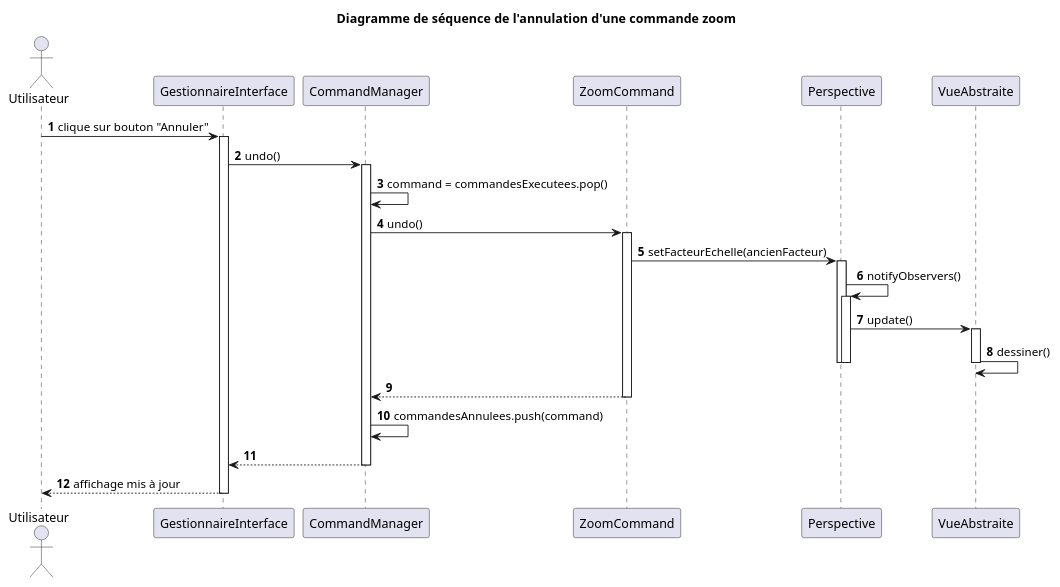
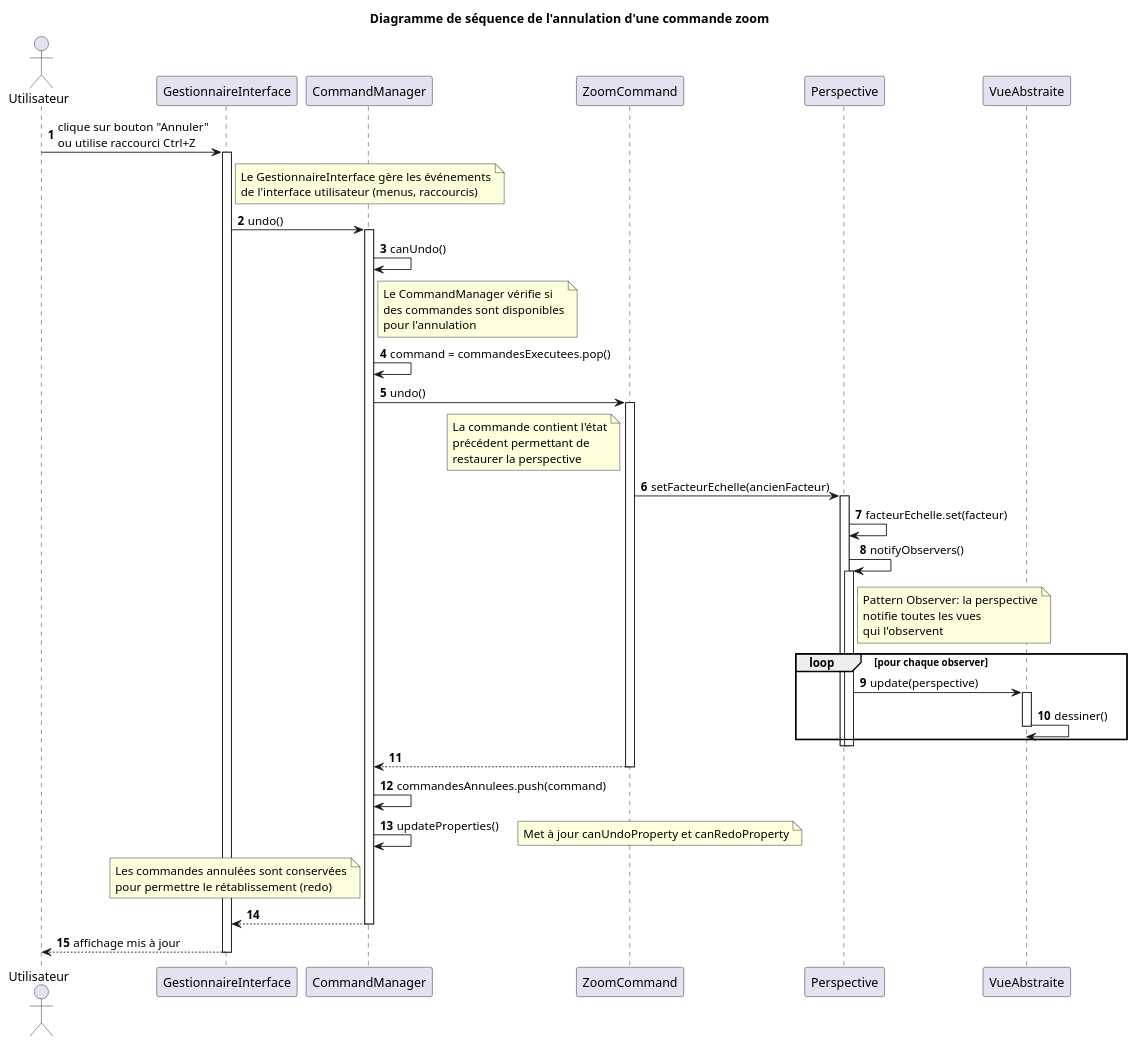
Before and after one commit to MasterGragra/LOG_Labo5: the diagram in docs/ds2.puml, drawn with PlantUML. The commit also changed 2 other files, not shown here.

Commit message:
maj diagramme sequence + maj ControleZoom (redondance des update)

```diff
--- a/docs/ds2.puml
+++ b/docs/ds2.puml
@@ -1,36 +1,70 @@
 @startuml
 autonumber
 title Diagramme de séquence de l'annulation d'une commande zoom
 actor Utilisateur
 participant "GestionnaireInterface" as GUI
 participant "CommandManager" as CmdMgr
 participant "ZoomCommand" as Cmd
 participant "Perspective" as Model
 participant "VueAbstraite" as Vue
 
-Utilisateur -> GUI : clique sur bouton "Annuler"
+Utilisateur -> GUI : clique sur bouton "Annuler" \nou utilise raccourci Ctrl+Z
 activate GUI
+    note right of GUI
+        Le GestionnaireInterface gère les événements
+        de l'interface utilisateur (menus, raccourcis)
+    end note
+
     GUI -> CmdMgr : undo()
     activate CmdMgr
+        CmdMgr -> CmdMgr : canUndo()
+        note right of CmdMgr
+            Le CommandManager vérifie si
+            des commandes sont disponibles
+            pour l'annulation
+        end note
+
         CmdMgr -> CmdMgr : command = commandesExecutees.pop()
         CmdMgr -> Cmd : undo()
         activate Cmd
+            note left of Cmd
+                La commande contient l'état
+                précédent permettant de
+                restaurer la perspective
+            end note
+
             Cmd -> Model : setFacteurEchelle(ancienFacteur)
             activate Model
+                Model -> Model : facteurEchelle.set(facteur)
                 Model -> Model : notifyObservers()
                 activate Model
-                    Model -> Vue : update()
-                    activate Vue
-                        Vue -> Vue : dessiner()
-                    deactivate Vue
+                    note right of Model
+                        Pattern Observer: la perspective
+                        notifie toutes les vues
+                        qui l'observent
+                    end note
+
+                    loop pour chaque observer
+                        Model -> Vue : update(perspective)
+                        activate Vue
+                            Vue -> Vue : dessiner()
+                        deactivate Vue
+                    end
                 deactivate Model
             deactivate Model
             Cmd --> CmdMgr
         deactivate Cmd
 
         CmdMgr -> CmdMgr : commandesAnnulees.push(command)
+        CmdMgr -> CmdMgr : updateProperties()
+        note right: Met à jour canUndoProperty et canRedoProperty
+        note left of CmdMgr
+            Les commandes annulées sont conservées
+            pour permettre le rétablissement (redo)
+        end note
+
         CmdMgr --> GUI
     deactivate CmdMgr
     GUI --> Utilisateur : affichage mis à jour
 deactivate GUI
 @enduml
```
